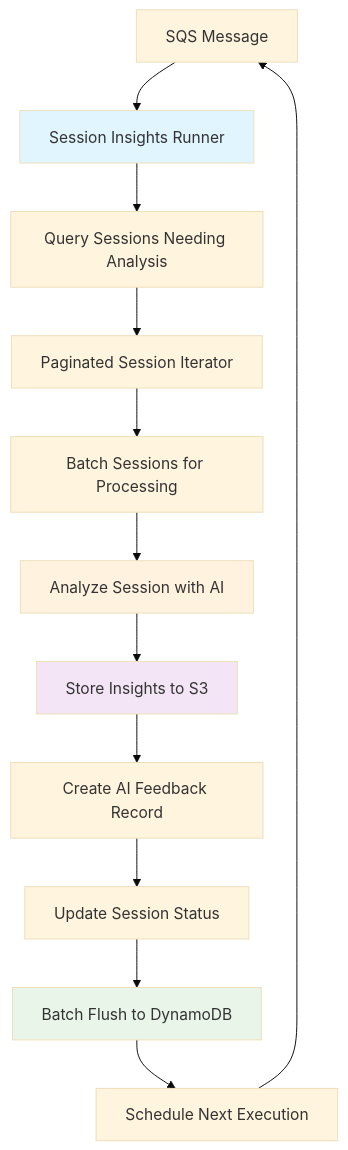
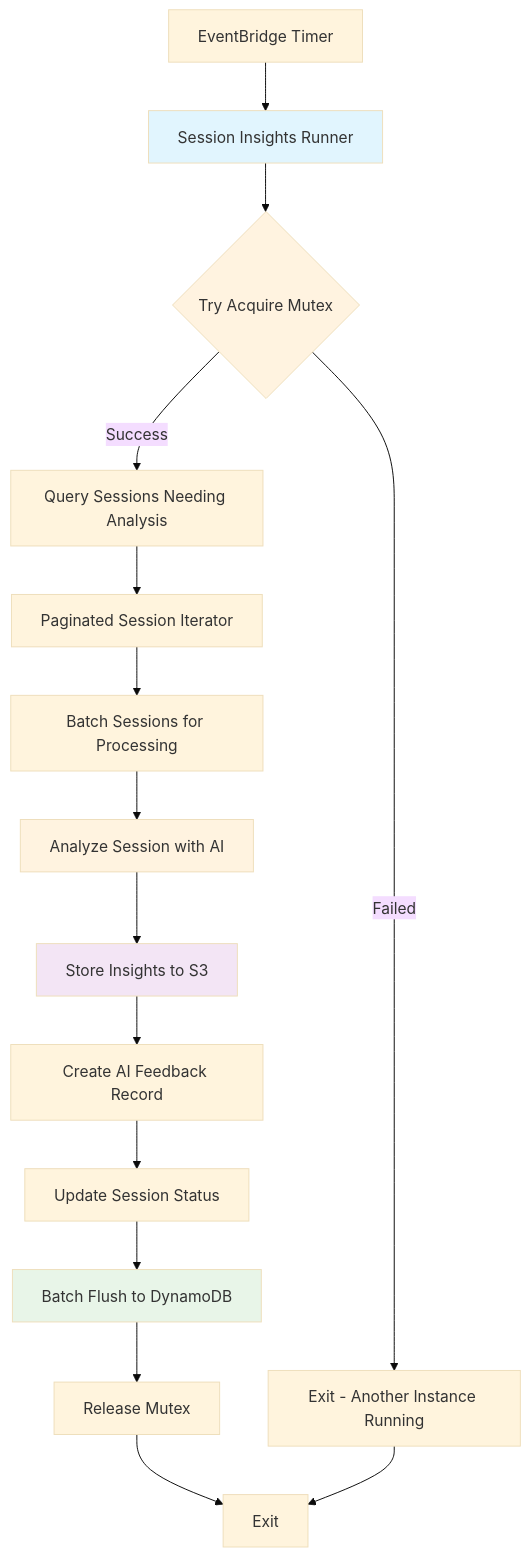
The fourth of 4 diagrams in docs/architecture/insights-and-feedback.md (rithum/pika), drawn with Mermaid (base theme) before and after one commit. The commit also changed other lines of this file and 46 other files, not shown here.

Commit message:
feat: finished analytics serverside for session insights

````diff
--- a/docs/architecture/insights-and-feedback.md
+++ b/docs/architecture/insights-and-feedback.md
@@ -277,19 +333,23 @@
 ```mermaid
 graph TD
-    A[SQS Message] --> B[Session Insights Runner]
-    B --> C[Query Sessions Needing Analysis]
-    C --> D[Paginated Session Iterator]
-    D --> E[Batch Sessions for Processing]
-    E --> F[Analyze Session with AI]
-    F --> G[Store Insights to S3]
-    G --> H[Create AI Feedback Record]
-    H --> I[Update Session Status]
-    I --> J[Batch Flush to DynamoDB]
-    J --> K[Schedule Next Execution]
-    K --> A
+    A[EventBridge Timer] --> B[Session Insights Runner]
+    B --> C{Try Acquire Mutex}
+    C -->|Success| D[Query Sessions Needing Analysis]
+    C -->|Failed| E[Exit - Another Instance Running]
+    D --> F[Paginated Session Iterator]
+    F --> G[Batch Sessions for Processing]
+    G --> H[Analyze Session with AI]
+    H --> I[Store Insights to S3]
+    I --> J[Create AI Feedback Record]
+    J --> K[Update Session Status]
+    K --> L[Batch Flush to DynamoDB]
+    L --> M[Release Mutex]
+    M --> N[Exit]
+    E --> N
 
     style B fill:#e1f5fe
-    style F fill:#fff3e0
-    style G fill:#f3e5f5
-    style J fill:#e8f5e8
+    style C fill:#fff3e0
+    style H fill:#fff3e0
+    style I fill:#f3e5f5
+    style L fill:#e8f5e8
 ```
````
